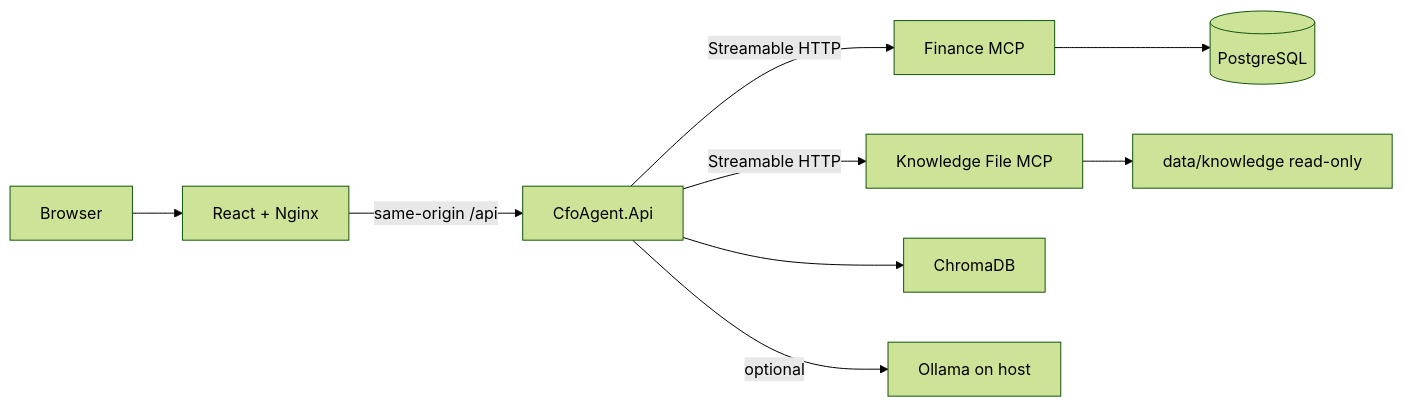
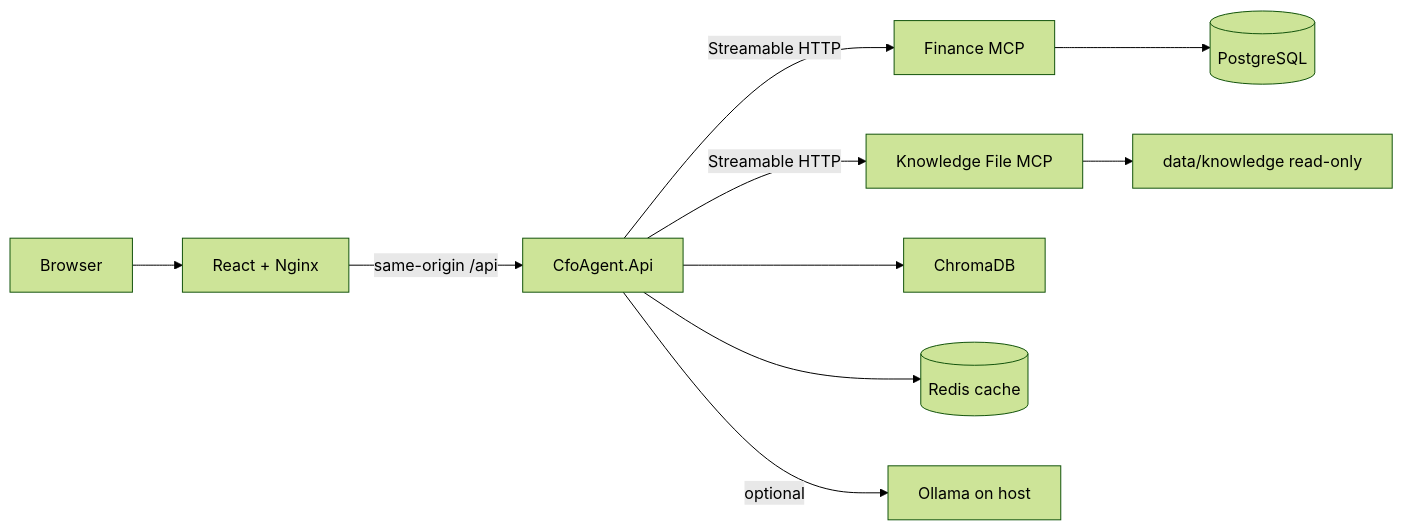
One commit to prabodharandima/ai_agent_cfo changed the diagram in AGENT.md. Above: the diagram before and after it, drawn with Mermaid (forest theme). The commit also changed other lines of this file and 22 other files, not shown here.

````diff
--- a/AGENT.md
+++ b/AGENT.md
@@ -28,11 +29,12 @@
 ```mermaid
 flowchart LR
     Browser --> UI[React + Nginx]
     UI -->|same-origin /api| API[CfoAgent.Api]
     API -->|Streamable HTTP| Finance[Finance MCP]
     API -->|Streamable HTTP| Knowledge[Knowledge File MCP]
     API --> Chroma[ChromaDB]
+    API --> Redis[(Redis cache)]
     API -->|optional| Ollama[Ollama on host]
     Finance --> Postgres[(PostgreSQL)]
     Knowledge --> Files[data/knowledge read-only]
 ```
````
